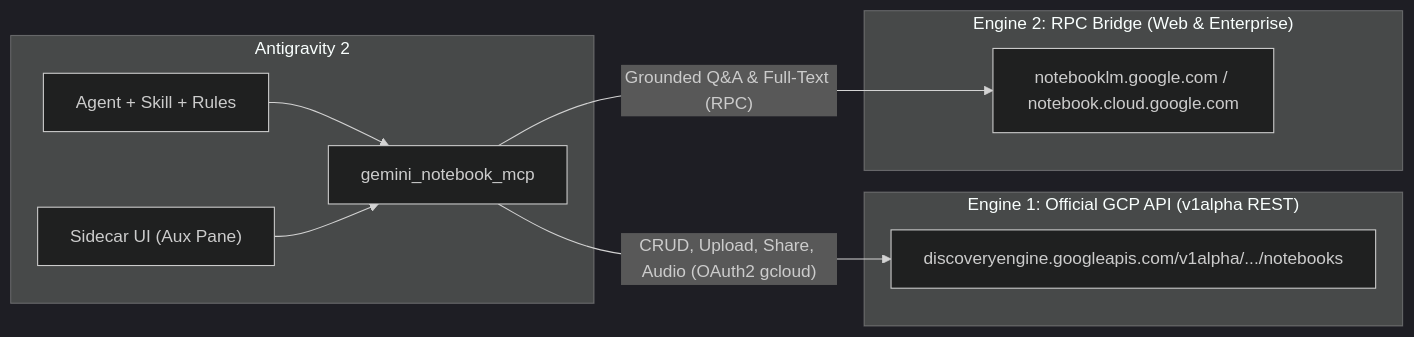
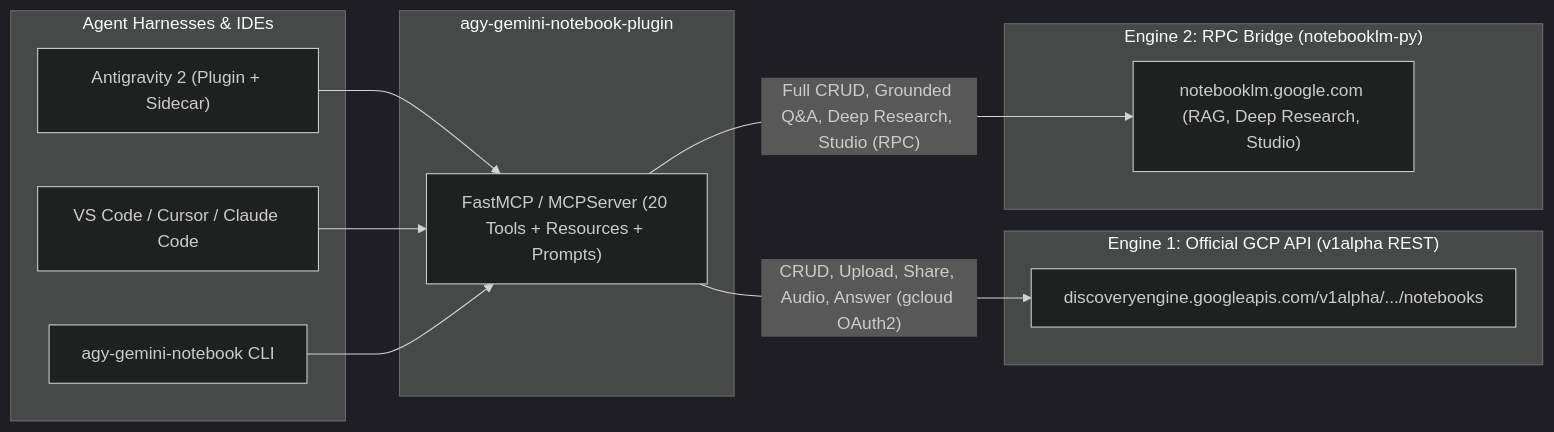
Before and after one commit to Chryzalide/agy-gemini-notebook-plugin: the diagram in README.md, drawn with Mermaid (dark theme). The commit also changed other lines of this file and 19 other files, not shown here.

Commit message:
feat: complete Dual-Engine fallback, interactive Sidecar UI, CLI, logo, and unit test suite

````diff
--- a/README.md
+++ b/README.md
@@ -27,21 +30,26 @@
 ```mermaid
 flowchart LR
-    subgraph AGY["Antigravity 2"]
-        Agent["Agent + Skill + Rules"]
-        Sidecar["Sidecar UI (Aux Pane)"]
-        MCP["gemini_notebook_mcp"]
+    subgraph Harnesses["Agent Harnesses & IDEs"]
+        AGY["Antigravity 2 (Plugin + Sidecar)"]
+        VSC["VS Code / Cursor / Claude Code"]
+        CLI["agy-gemini-notebook CLI"]
+    end
+
+    subgraph Server["agy-gemini-notebook-plugin"]
+        MCP["FastMCP / MCPServer (20 Tools + Resources + Prompts)"]
     end
 
     subgraph GCP["Engine 1: Official GCP API (v1alpha REST)"]
         REST["discoveryengine.googleapis.com/v1alpha/.../notebooks"]
     end
 
-    subgraph RPC["Engine 2: RPC Bridge (Web & Enterprise)"]
-        NLM["notebooklm.google.com / notebook.cloud.google.com"]
+    subgraph RPC["Engine 2: RPC Bridge (notebooklm-py)"]
+        NLM["notebooklm.google.com (RAG, Deep Research, Studio)"]
     end
 
-    Agent --> MCP
-    Sidecar --> MCP
-    MCP -->|"CRUD, Upload, Share, Audio (OAuth2 gcloud)"| REST
-    MCP -->|"Grounded Q&A & Full-Text (RPC)"| NLM
+    AGY --> MCP
+    VSC --> MCP
+    CLI --> MCP
+    MCP -->|"CRUD, Upload, Share, Audio, Answer (gcloud OAuth2)"| REST
+    MCP -->|"Full CRUD, Grounded Q&A, Deep Research, Studio (RPC)"| NLM
 ```
````
